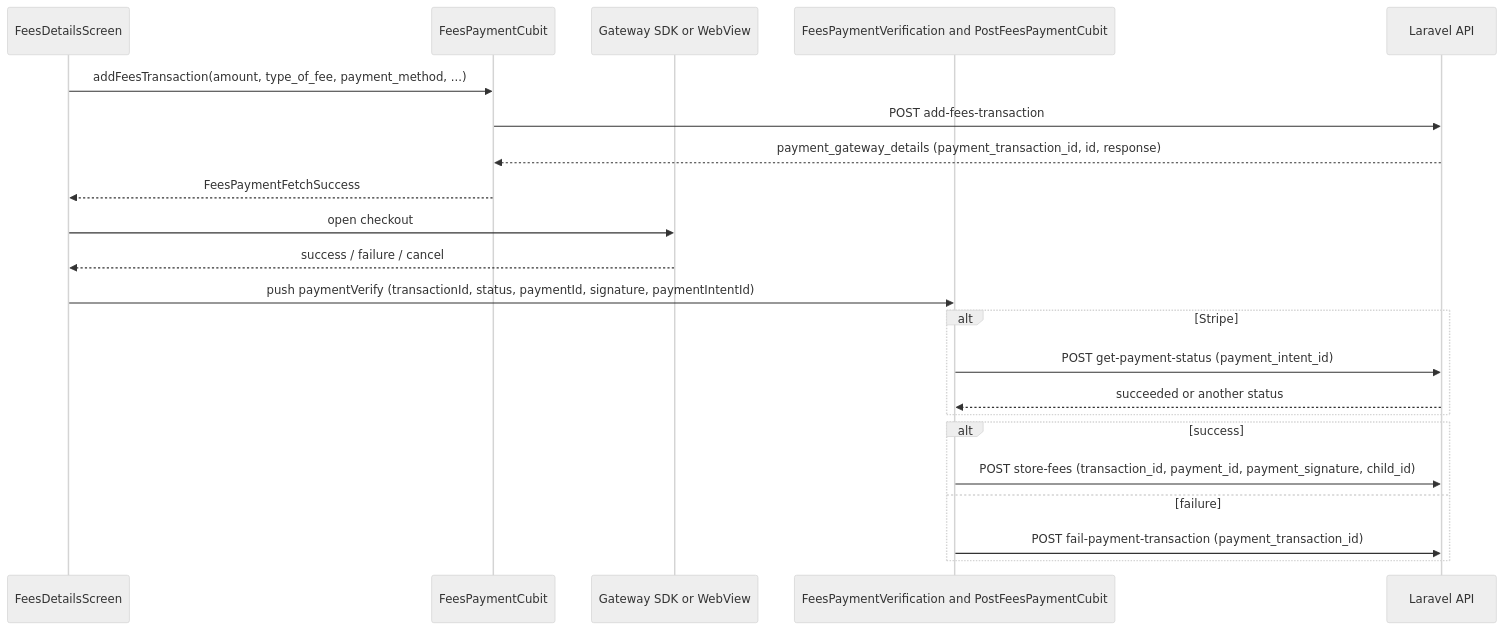
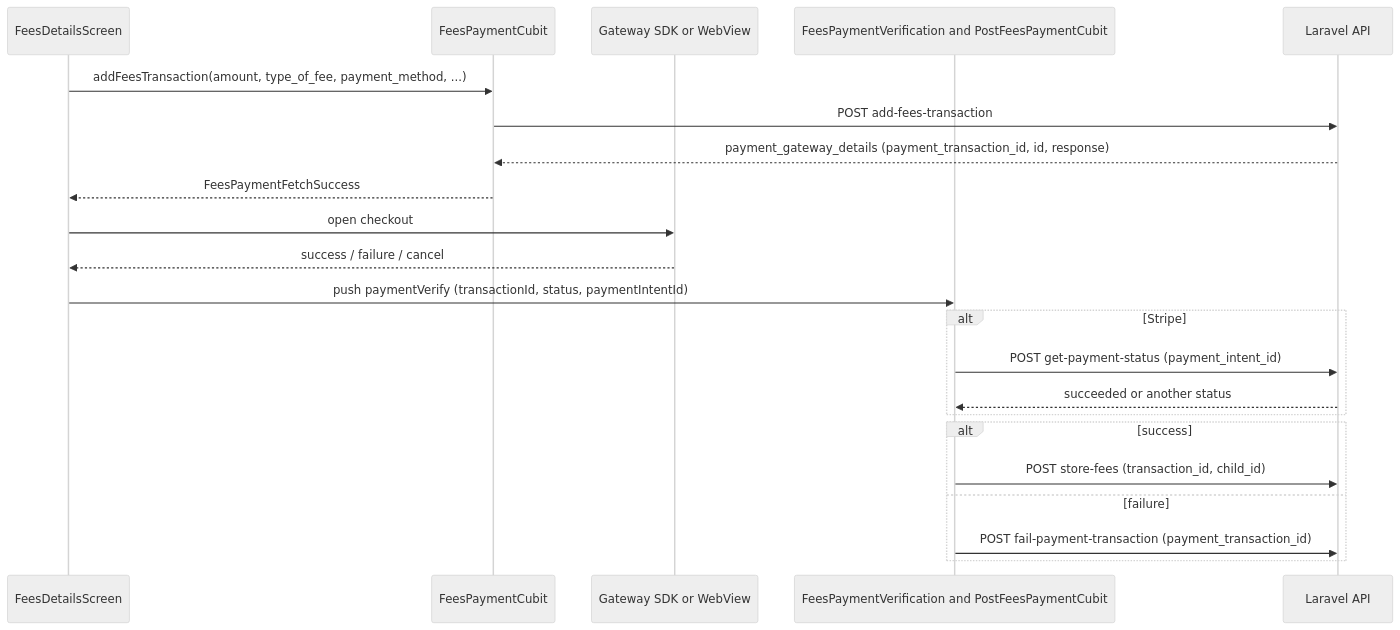
One commit to ShawnDaPrawn/Eschool changed the diagram in wiki/Student-Parent-App.md. Above: the diagram before and after it, drawn with Mermaid (neutral theme). The commit also changed other lines of this file and 14 other files, not shown here.

````diff
--- a/wiki/Student-Parent-App.md
+++ b/wiki/Student-Parent-App.md
@@ -212,24 +213,24 @@
 ```mermaid
 sequenceDiagram
     participant U as FeesDetailsScreen
     participant F as FeesPaymentCubit
     participant G as Gateway SDK or WebView
     participant V as FeesPaymentVerification and PostFeesPaymentCubit
     participant API as Laravel API
     U->>F: addFeesTransaction(amount, type_of_fee, payment_method, ...)
     F->>API: POST add-fees-transaction
     API-->>F: payment_gateway_details (payment_transaction_id, id, response)
     F-->>U: FeesPaymentFetchSuccess
     U->>G: open checkout
     G-->>U: success / failure / cancel
-    U->>V: push paymentVerify (transactionId, status, paymentId, signature, paymentIntentId)
+    U->>V: push paymentVerify (transactionId, status, paymentIntentId)
     alt Stripe
         V->>API: POST get-payment-status (payment_intent_id)
         API-->>V: succeeded or another status
     end
     alt success
-        V->>API: POST store-fees (transaction_id, payment_id, payment_signature, child_id)
+        V->>API: POST store-fees (transaction_id, child_id)
     else failure
         V->>API: POST fail-payment-transaction (payment_transaction_id)
     end
 ```
````
